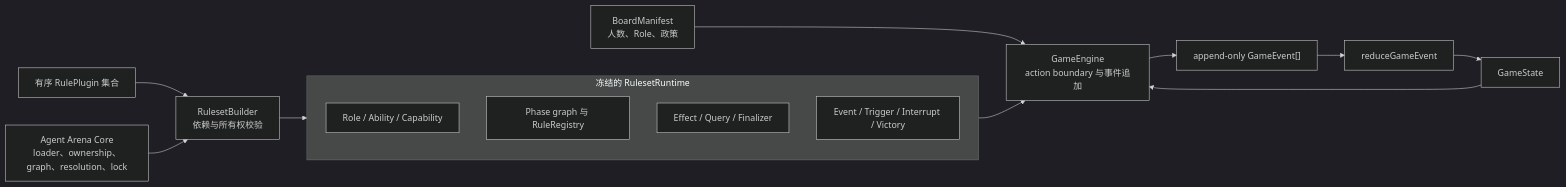
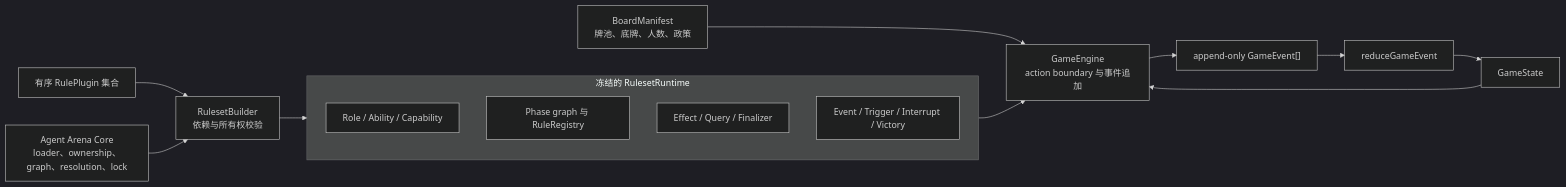
The first of 4 diagrams in docs/architecture/game-runtime.md (renewboy/agentwolf), drawn with Mermaid (dark theme) before and after one commit. The commit also changed other lines of this file and 106 other files, not shown here.

````diff
--- a/docs/architecture/game-runtime.md
+++ b/docs/architecture/game-runtime.md
@@ -27,29 +28,29 @@
 ```mermaid
 flowchart LR
-    Board["BoardManifest<br/>人数、Role、政策"]
+    Board["BoardManifest<br/>牌池、底牌、人数、政策"]
     Plugins["有序 RulePlugin 集合"]
     Core["Agent Arena Core<br/>loader、ownership、graph、resolution、lock"]
     Builder["RulesetBuilder<br/>依赖与所有权校验"]
 
     subgraph Runtime["冻结的 RulesetRuntime"]
         Roles["Role / Ability / Capability"]
         Phases["Phase graph 与 RuleRegistry"]
         Resolution["Effect / Query / Finalizer"]
         Signals["Event / Trigger / Interrupt / Victory"]
     end
 
     Engine["GameEngine<br/>action boundary 与事件追加"]
     Log["append-only GameEvent[]"]
     Reducer["reduceGameEvent"]
     State["GameState"]
 
     Plugins --> Builder
     Core --> Builder
     Builder --> Runtime
     Board --> Engine
     Runtime --> Engine
     State --> Engine
     Engine --> Log
     Log --> Reducer
     Reducer --> State
 ```
````
